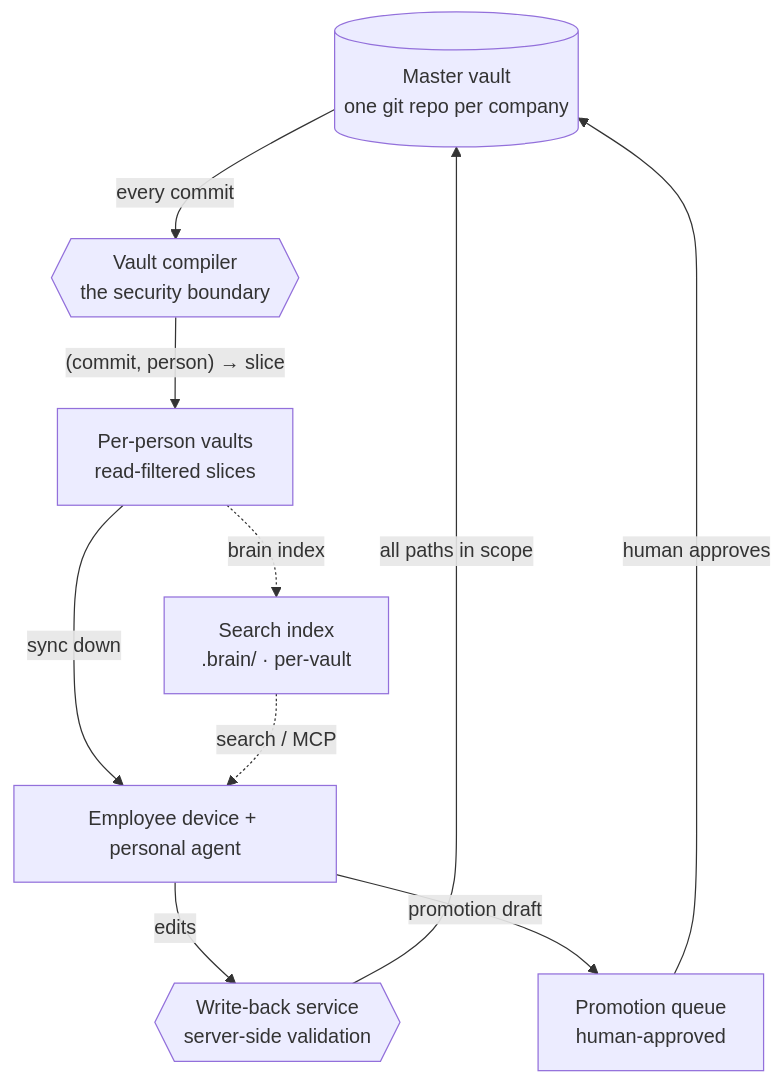
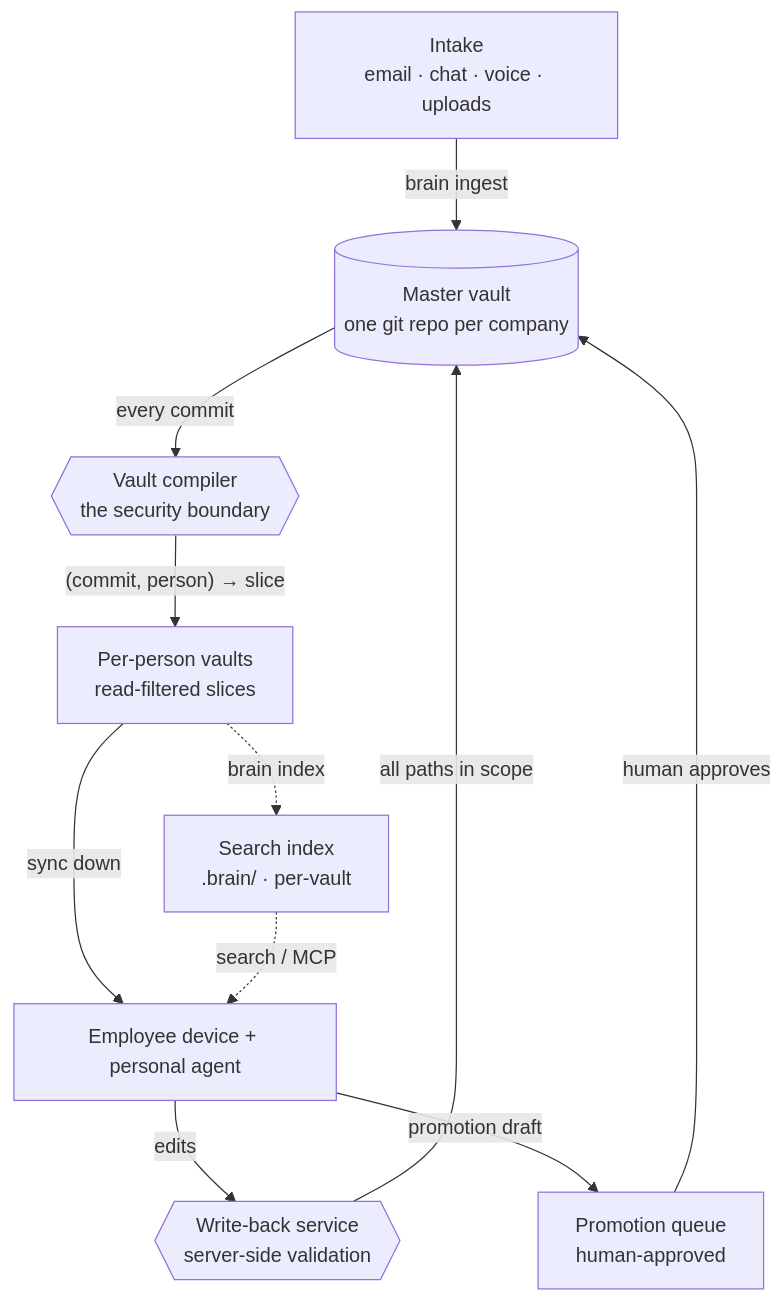
One commit to joedanz/brainkit changed the diagram in website/index.mdx. Above: the diagram before and after it, drawn with Mermaid. The commit also changed other lines of this file and 15 other files, not shown here.

First line of the commit message:
feat: add brain ingest — non-technical ingestion primitive + channel recipes

````diff
--- a/website/index.mdx
+++ b/website/index.mdx
@@ -20,19 +20,21 @@
 ```mermaid
 flowchart TB
     M[(Master vault<br/>one git repo per company)]
     C{{Vault compiler<br/>the security boundary}}
     V["Per-person vaults<br/>read-filtered slices"]
     E[Employee device + personal agent]
     W{{Write-back service<br/>server-side validation}}
     Q[Promotion queue<br/>human-approved]
+    In["Intake<br/>email · chat · voice · uploads"]
 
+    In -->|brain ingest| M
     M -->|every commit| C
     C -->|"(commit, person) → slice"| V
     V -->|sync down| E
     V -.->|brain index| I["Search index<br/>.brain/ · per-vault"]
     I -.->|search / MCP| E
     E -->|edits| W
     W -->|all paths in scope| M
     E -->|promotion draft| Q
     Q -->|human approves| M
 ```
````
